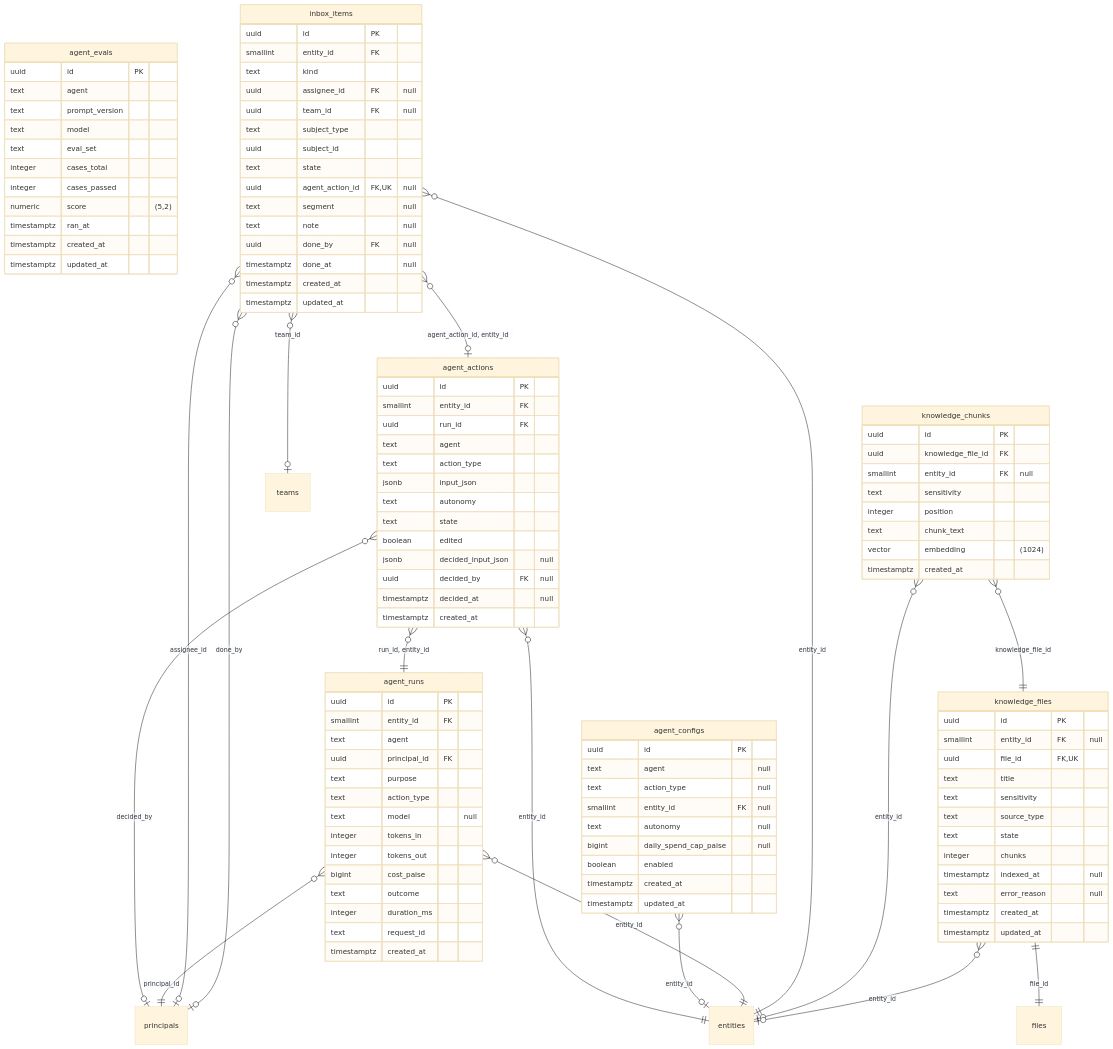
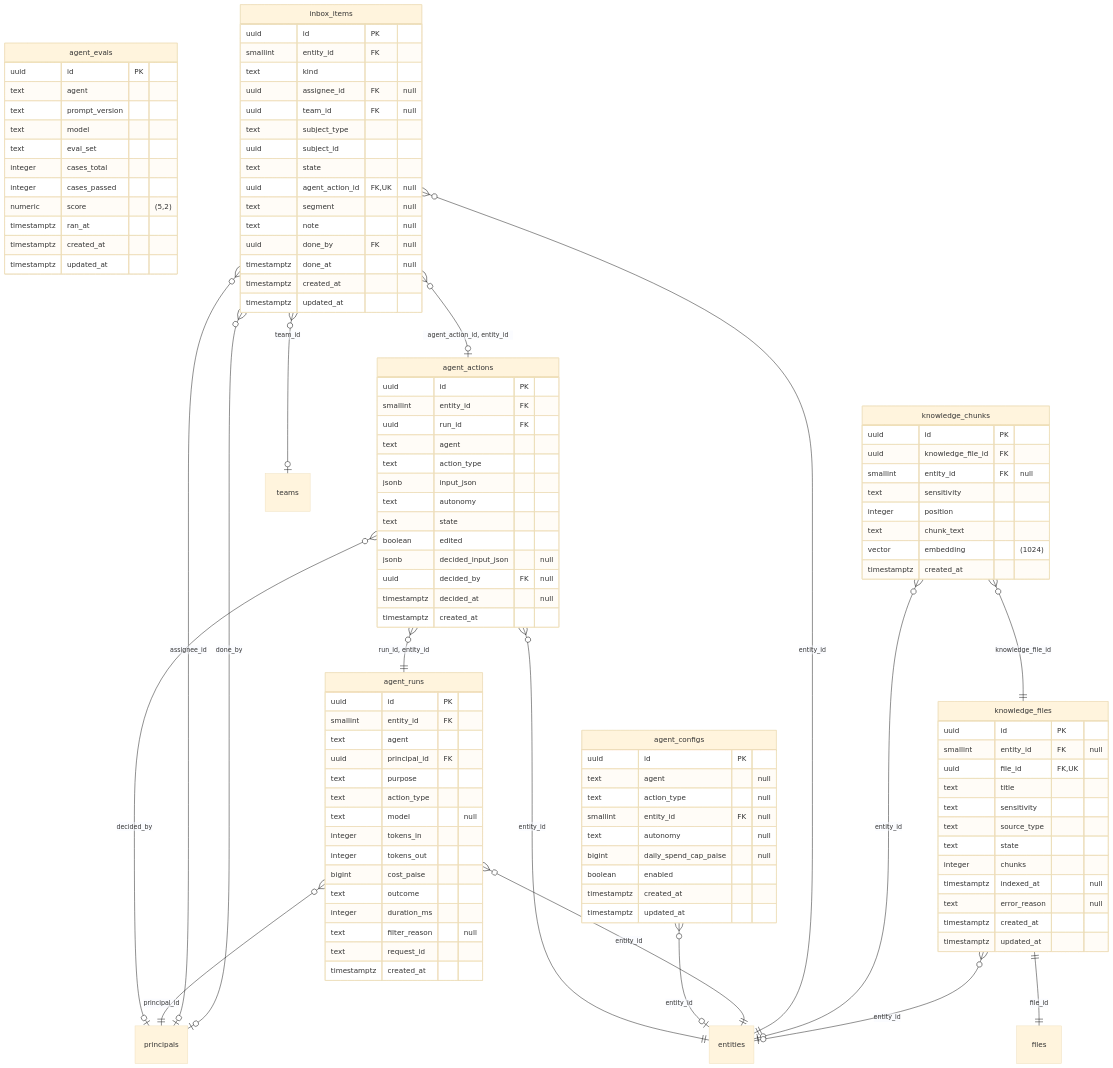
One commit to techaust/shakti_prime changed the sixth of 16 diagrams in docs/data/erd.md. Above: the diagram before and after it, drawn with Mermaid (base theme). The commit also changed other lines of this file and 18 other files, not shown here.

```diff
--- a/docs/data/erd.md
+++ b/docs/data/erd.md
@@ -931,6 +931,7 @@
     bigint cost_paise
     text outcome
     integer duration_ms
+    text filter_reason "null"
     text request_id
     timestamptz created_at
   }
```
